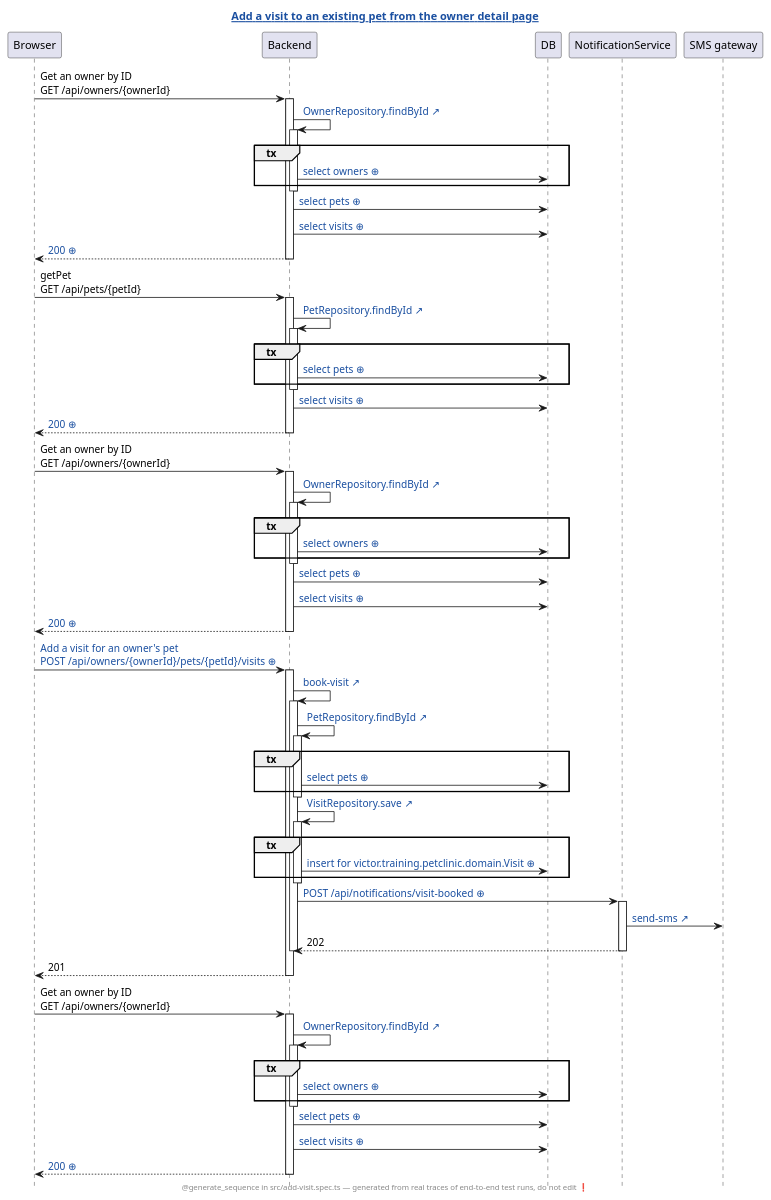
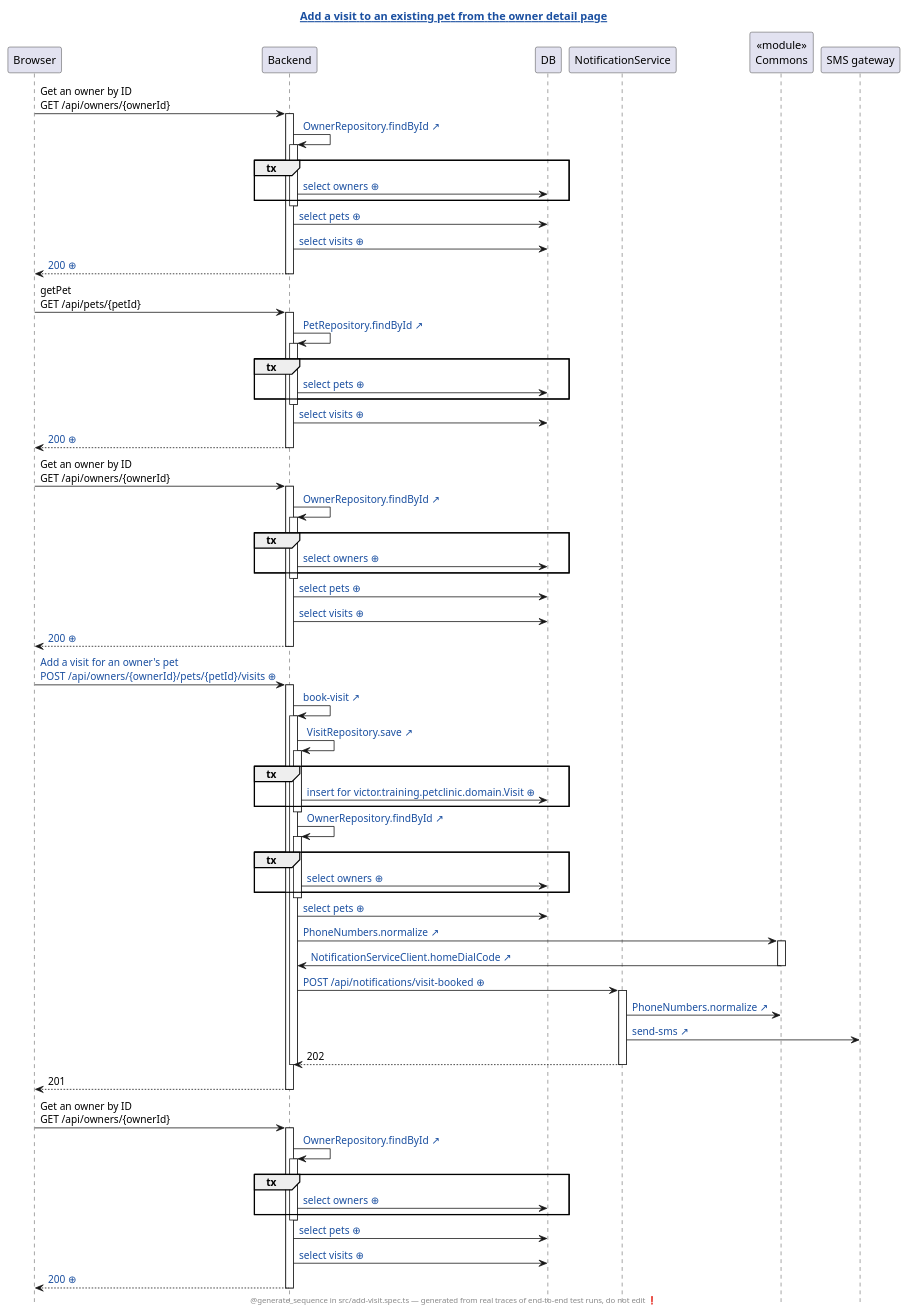
Before and after one commit to victorrentea/petclinic: the diagram in petclinic-test/generated/add-visit.spec.ts.add-a-visit-to-an-existing-pet-from-the-owner-detail-page.genseq.puml, drawn with PlantUML. The commit also changed 19 other files, not shown here.

First line of the commit message:
Commons: every call crossing the module boundary is a span and an arrow

```diff
--- a/petclinic-test/generated/add-visit.spec.ts.add-a-visit-to-an-existing-pet-from-the-owner-detail-page.genseq.puml
+++ b/petclinic-test/generated/add-visit.spec.ts.add-a-visit-to-an-existing-pet-from-the-owner-detail-page.genseq.puml
@@ -1,84 +1,91 @@
 @startuml
 ' ⚠️  GENERATED FILE — DO NOT EDIT. Every edit is lost on the next run.
 hide footbox
 skinparam hyperlinkUnderline false
 skinparam hyperlinkColor #1A4FA0
 title [[src://petclinic-test/src/add-visit.spec.ts:31{Click to open the test} Add a visit to an existing pet from the owner detail page]]
 footer @generate_sequence in src/add-visit.spec.ts — generated from real traces of end-to-end test runs, do not edit ❗
 participant Browser
 participant Backend
 participant DB
 participant NotificationService
+participant "«module»\nCommons" as Commons
 participant "SMS gateway"
 Browser -> Backend: Get an owner by ID\nGET /api/owners/{ownerId}
 activate Backend
 Backend -> Backend: [[src://petclinic-backend/src/main/java/victor/training/petclinic/repository/OwnerRepository.java:14{Click to open OwnerRepository.findById} OwnerRepository.findById ↗]]
 activate Backend
 group tx
 Backend -> DB: [[genseq://0x8aana{Click for the statement behind this call} select owners ⊕]]
 end
 deactivate Backend
 Backend -> DB: [[genseq://18567ho{Click for the statement behind this call} select pets ⊕]]
 Backend -> DB: [[genseq://13apewa{Click for the statement behind this call} select visits ⊕]]
-Backend --> Browser: [[genseq://1kvauob{Click for this call’s JSON body} 200 ⊕]]
+Backend --> Browser: [[genseq://0zavcxa{Click for this call’s JSON body} 200 ⊕]]
 deactivate Backend
 Browser -> Backend: getPet\nGET /api/pets/{petId}
 activate Backend
 Backend -> Backend: [[src://petclinic-backend/src/main/java/victor/training/petclinic/repository/PetRepository.java:16{Click to open PetRepository.findById} PetRepository.findById ↗]]
 activate Backend
 group tx
 Backend -> DB: [[genseq://0y7w2ps{Click for the statement behind this call} select pets ⊕]]
 end
 deactivate Backend
 Backend -> DB: [[genseq://13apewa{Click for the statement behind this call} select visits ⊕]]
-Backend --> Browser: [[genseq://0f51kab{Click for this call’s JSON body} 200 ⊕]]
+Backend --> Browser: [[genseq://01mmlgx{Click for this call’s JSON body} 200 ⊕]]
 deactivate Backend
 Browser -> Backend: Get an owner by ID\nGET /api/owners/{ownerId}
 activate Backend
 Backend -> Backend: [[src://petclinic-backend/src/main/java/victor/training/petclinic/repository/OwnerRepository.java:14{Click to open OwnerRepository.findById} OwnerRepository.findById ↗]]
 activate Backend
 group tx
 Backend -> DB: [[genseq://0x8aana{Click for the statement behind this call} select owners ⊕]]
 end
 deactivate Backend
 Backend -> DB: [[genseq://18567ho{Click for the statement behind this call} select pets ⊕]]
 Backend -> DB: [[genseq://13apewa{Click for the statement behind this call} select visits ⊕]]
-Backend --> Browser: [[genseq://1kvauob{Click for this call’s JSON body} 200 ⊕]]
+Backend --> Browser: [[genseq://0zavcxa{Click for this call’s JSON body} 200 ⊕]]
 deactivate Backend
-Browser -> Backend: [[genseq://0ikez13{Click for this call’s JSON body} Add a visit for an owner's pet\nPOST /api/owners/{ownerId}/pets/{petId}/visits ⊕]]
+Browser -> Backend: [[genseq://1wvc0vp{Click for this call’s JSON body} Add a visit for an owner's pet\nPOST /api/owners/{ownerId}/pets/{petId}/visits ⊕]]
 activate Backend
-Backend -> Backend: [[src://petclinic-backend/src/main/java/victor/training/petclinic/rest/OwnerRestController.java:189{Click to open OwnerRestController.bookVisit} book-visit ↗]]
+Backend -> Backend: [[src://petclinic-backend/src/main/java/victor/training/petclinic/rest/OwnerRestController.java:183{Click to open OwnerRestController.bookVisit} book-visit ↗]]
 activate Backend
-Backend -> Backend: [[src://petclinic-backend/src/main/java/victor/training/petclinic/repository/PetRepository.java:16{Click to open PetRepository.findById} PetRepository.findById ↗]]
-activate Backend
-group tx
-Backend -> DB: [[genseq://0y7w2ps{Click for the statement behind this call} select pets ⊕]]
-end
-deactivate Backend
 Backend -> Backend: [[src://petclinic-backend/src/main/java/victor/training/petclinic/repository/VisitRepository.java:14{Click to open VisitRepository.save} VisitRepository.save ↗]]
 activate Backend
 group tx
-Backend -> DB: [[genseq://0ko5dse{Click for the statement behind this call} insert for victor.training.petclinic.domain.Visit ⊕]]
+Backend -> DB: [[genseq://0624iy2{Click for the statement behind this call} insert for victor.training.petclinic.domain.Visit ⊕]]
 end
 deactivate Backend
-Backend -> NotificationService: [[genseq://143ezko{Click for this call’s JSON body} POST /api/notifications/visit-booked ⊕]]
+Backend -> Backend: [[src://petclinic-backend/src/main/java/victor/training/petclinic/repository/OwnerRepository.java:14{Click to open OwnerRepository.findById} OwnerRepository.findById ↗]]
+activate Backend
+group tx
+Backend -> DB: [[genseq://0x8aana{Click for the statement behind this call} select owners ⊕]]
+end
+deactivate Backend
+Backend -> DB: [[genseq://18567ho{Click for the statement behind this call} select pets ⊕]]
+Backend -> Commons: [[src://petclinic-commons/src/main/java/victor/training/commons/PhoneNumbers.java:8{Click to open PhoneNumbers.normalize} PhoneNumbers.normalize ↗]]
+activate Commons
+Commons -> Backend: [[src://petclinic-backend/src/main/java/victor/training/petclinic/notification/NotificationServiceClient.java:45{Click to open NotificationServiceClient.homeDialCode} NotificationServiceClient.homeDialCode ↗]]
+deactivate Commons
+Backend -> NotificationService: [[genseq://1p4ogm5{Click for this call’s JSON body} POST /api/notifications/visit-booked ⊕]]
 activate NotificationService
+NotificationService -> Commons: [[src://petclinic-commons/src/main/java/victor/training/commons/PhoneNumbers.java:8{Click to open PhoneNumbers.normalize} PhoneNumbers.normalize ↗]]
 NotificationService -> "SMS gateway": [[src://notification-service/src/main/java/victor/training/notification/SmsGateway.java:23{Click to open SmsGateway.send} send-sms ↗]]
 NotificationService --> Backend: 202
 deactivate NotificationService
 deactivate Backend
 Backend --> Browser: 201
 deactivate Backend
 Browser -> Backend: Get an owner by ID\nGET /api/owners/{ownerId}
 activate Backend
 Backend -> Backend: [[src://petclinic-backend/src/main/java/victor/training/petclinic/repository/OwnerRepository.java:14{Click to open OwnerRepository.findById} OwnerRepository.findById ↗]]
 activate Backend
 group tx
 Backend -> DB: [[genseq://0x8aana{Click for the statement behind this call} select owners ⊕]]
 end
 deactivate Backend
 Backend -> DB: [[genseq://18567ho{Click for the statement behind this call} select pets ⊕]]
 Backend -> DB: [[genseq://13apewa{Click for the statement behind this call} select visits ⊕]]
-Backend --> Browser: [[genseq://19m3aru{Click for this call’s JSON body} 200 ⊕]]
+Backend --> Browser: [[genseq://1gpk0tx{Click for this call’s JSON body} 200 ⊕]]
 deactivate Backend
 @enduml
```
